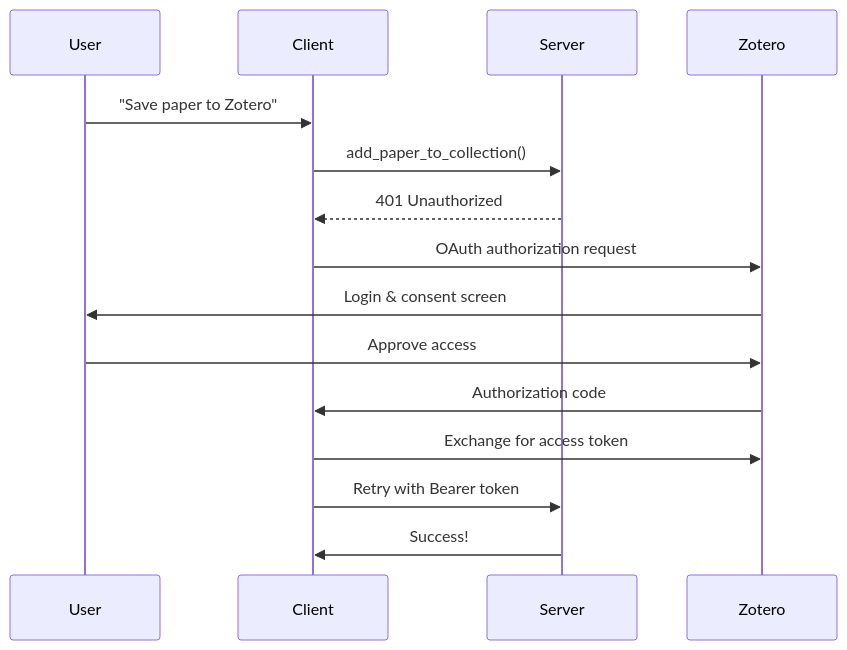
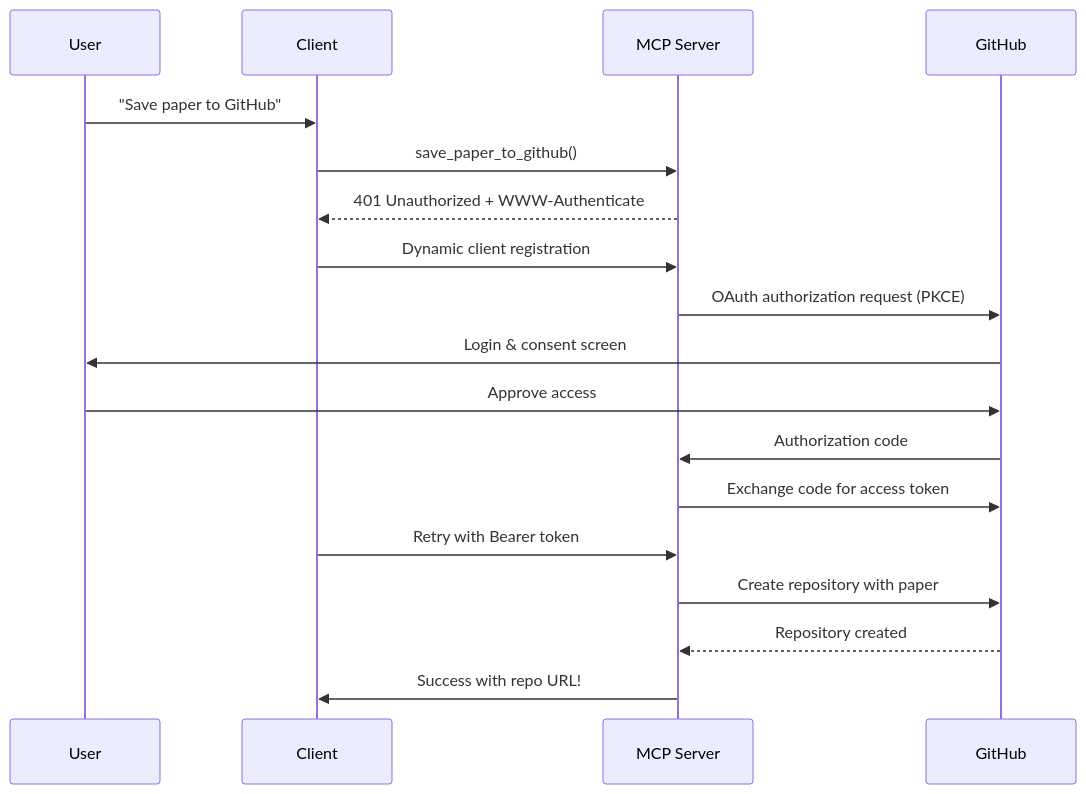
The third of 3 diagrams in index.qmd (skylarbpayne/mcp-101), drawn with Mermaid before and after one commit. The commit also changed other lines of this file and 5 other files, not shown here.

First line of the commit message:
Perfect! I've successfully implemented a complete OAuth 2.1 demo that replaces the Zotero integration with a fully functional GitHub API integration. Here's what I've created:

````diff
--- a/index.qmd
+++ b/index.qmd
@@ -270,18 +270,21 @@
 ```{mermaid}
 sequenceDiagram
     participant User
     participant Client
-    participant Server
-    participant Zotero
+    participant MCP Server
+    participant GitHub
     
-    User->>Client: "Save paper to Zotero"
-    Client->>Server: add_paper_to_collection()
-    Server-->>Client: 401 Unauthorized
-    Client->>Zotero: OAuth authorization request
-    Zotero->>User: Login & consent screen
-    User->>Zotero: Approve access
-    Zotero->>Client: Authorization code
-    Client->>Zotero: Exchange for access token
-    Client->>Server: Retry with Bearer token
-    Server->>Client: Success!
+    User->>Client: "Save paper to GitHub"
+    Client->>MCP Server: save_paper_to_github()
+    MCP Server-->>Client: 401 Unauthorized + WWW-Authenticate
+    Client->>MCP Server: Dynamic client registration
+    MCP Server->>GitHub: OAuth authorization request (PKCE)
+    GitHub->>User: Login & consent screen
+    User->>GitHub: Approve access
+    GitHub->>MCP Server: Authorization code
+    MCP Server->>GitHub: Exchange code for access token
+    Client->>MCP Server: Retry with Bearer token
+    MCP Server->>GitHub: Create repository with paper
+    GitHub-->>MCP Server: Repository created
+    MCP Server->>Client: Success with repo URL!
 ```
````
